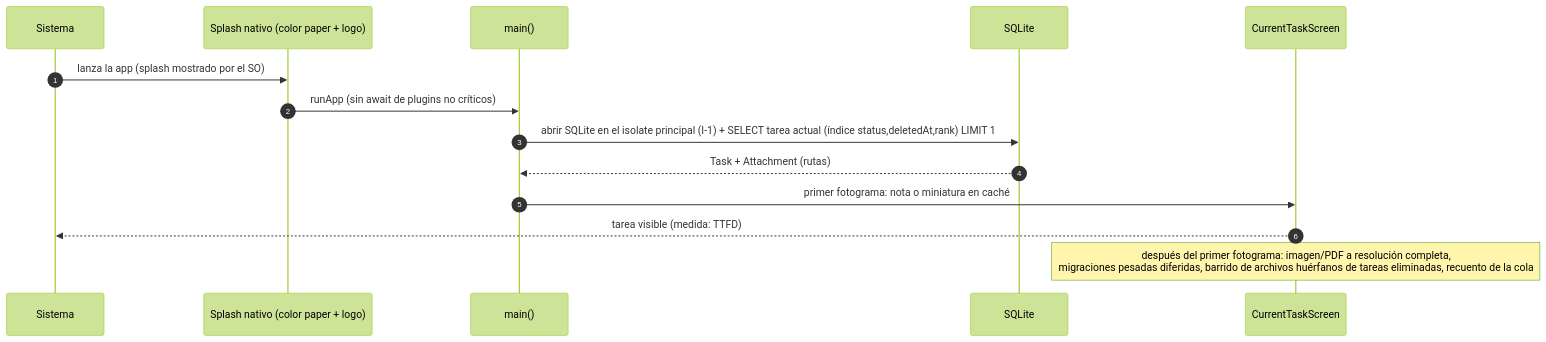
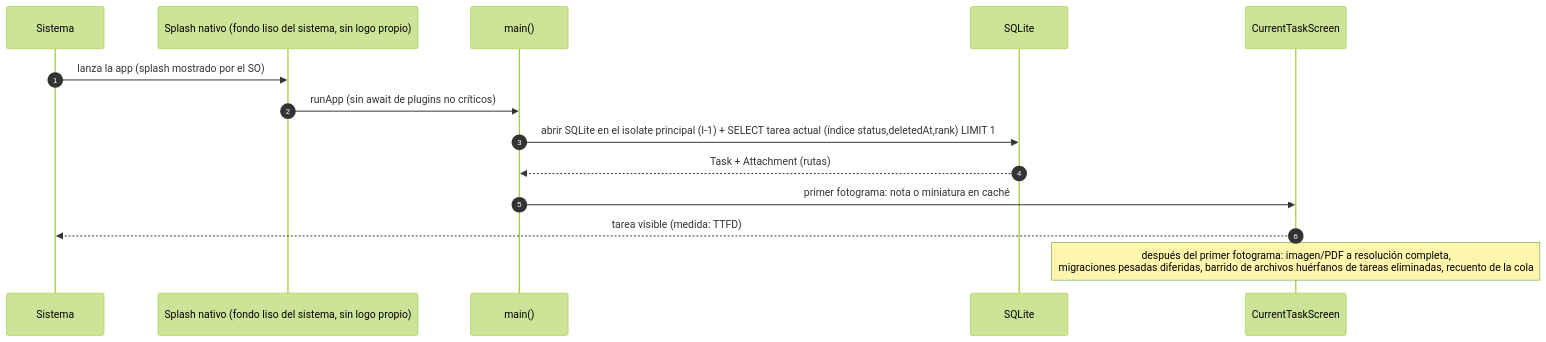
One commit to svallev/una changed the second of 4 diagrams in docs/architecture.md. Above: the diagram before and after it, drawn with Mermaid (forest theme). The commit also changed other lines of this file and 50 other files, not shown here.

````diff
--- a/docs/architecture.md
+++ b/docs/architecture.md
@@ -70,16 +71,16 @@
 ```mermaid
 sequenceDiagram
   autonumber
   participant OS as Sistema
-  participant N as Splash nativo (color paper + logo)
+  participant N as Splash nativo (fondo liso del sistema, sin logo propio)
   participant M as main()
   participant DB as SQLite
   participant UI as CurrentTaskScreen
   OS->>N: lanza la app (splash mostrado por el SO)
   N->>M: runApp (sin await de plugins no críticos)
   M->>DB: abrir SQLite en el isolate principal (I-1) + SELECT tarea actual (índice status,deletedAt,rank) LIMIT 1
   DB-->>M: Task + Attachment (rutas)
   M->>UI: primer fotograma: nota o miniatura en caché
   UI-->>OS: tarea visible (medida: TTFD)
   Note over UI: después del primer fotograma: imagen/PDF a resolución completa,<br/>migraciones pesadas diferidas, barrido de archivos huérfanos de tareas eliminadas, recuento de la cola
 ```
````
